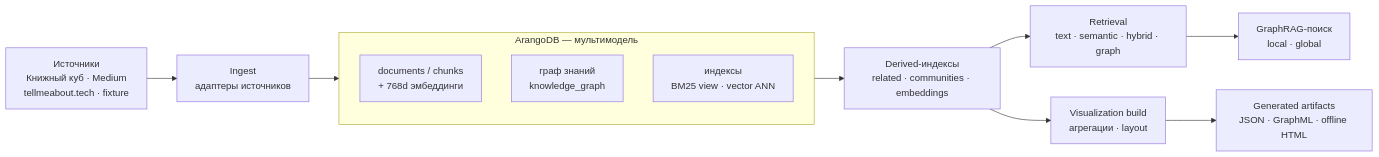
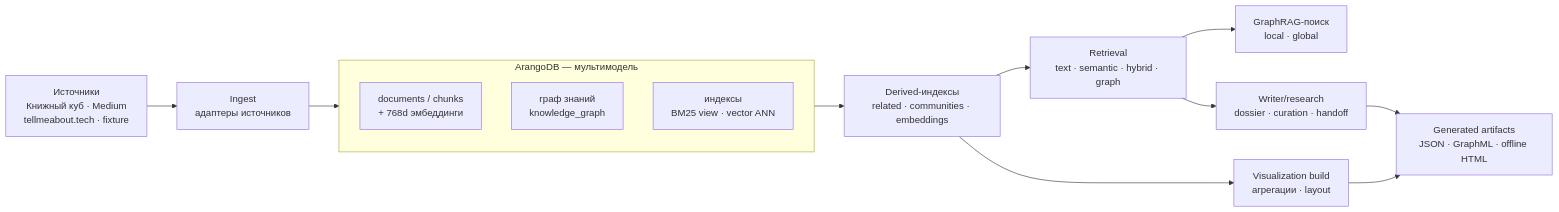
One commit to polomodov/knowledge-base changed the first of 2 diagrams in docs/architecture.md. Above: the diagram before and after it, drawn with Mermaid. The commit also changed other lines of this file and 4 other files, not shown here.

````diff
--- a/docs/architecture.md
+++ b/docs/architecture.md
@@ -7,17 +7,19 @@
 ```mermaid
 flowchart LR
     S["Источники<br/>Книжный куб · Medium<br/>tellmeabout.tech · fixture"]
     S --> I["Ingest<br/>адаптеры источников"]
     I --> DB
     subgraph DB["ArangoDB — мультимодель"]
         direction TB
         D["documents / chunks<br/>+ 768d эмбеддинги"]
         G["граф знаний<br/>knowledge_graph"]
         X["индексы<br/>BM25 view · vector ANN"]
     end
     DB --> DI["Derived-индексы<br/>related · communities · embeddings"]
     DI --> R["Retrieval<br/>text · semantic · hybrid · graph"]
     R --> GR["GraphRAG-поиск<br/>local · global"]
+    R --> W["Writer/research<br/>dossier · curation · handoff"]
     DI --> V["Visualization build<br/>агрегации · layout"]
     V --> A["Generated artifacts<br/>JSON · GraphML · offline HTML"]
+    W --> A
 ```
````
